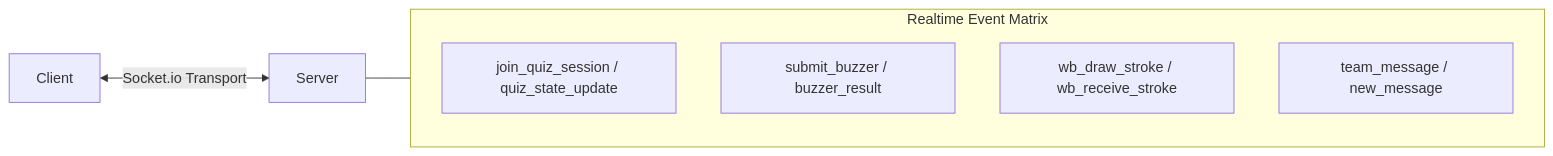
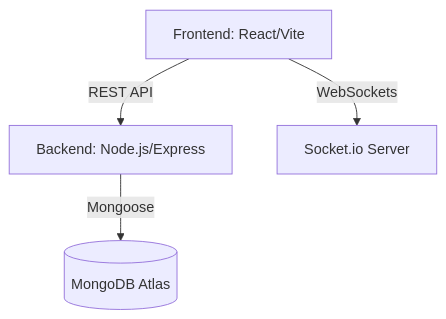
Before and after one commit to sandeep-kumar-270904/platform-blueprint: the diagram in README.md, drawn with Mermaid. The commit also changed other lines of this file, not shown here.

````diff
--- a/README.md
+++ b/README.md
@@ -544,11 +57,6 @@
 ```mermaid
-graph LR
-    Client <-->|Socket.io Transport| Server
-    subgraph Events [Realtime Event Matrix]
-        E1[join_quiz_session / quiz_state_update]
-        E2[submit_buzzer / buzzer_result]
-        E3[wb_draw_stroke / wb_receive_stroke]
-        E4[team_message / new_message]
-    end
-    Server --- Events
+graph TD;
+    Client[Frontend: React/Vite] -->|REST API| Server[Backend: Node.js/Express];
+    Client -->|WebSockets| Realtime[Socket.io Server];
+    Server -->|Mongoose| DB[(MongoDB Atlas)];
 ```
````
